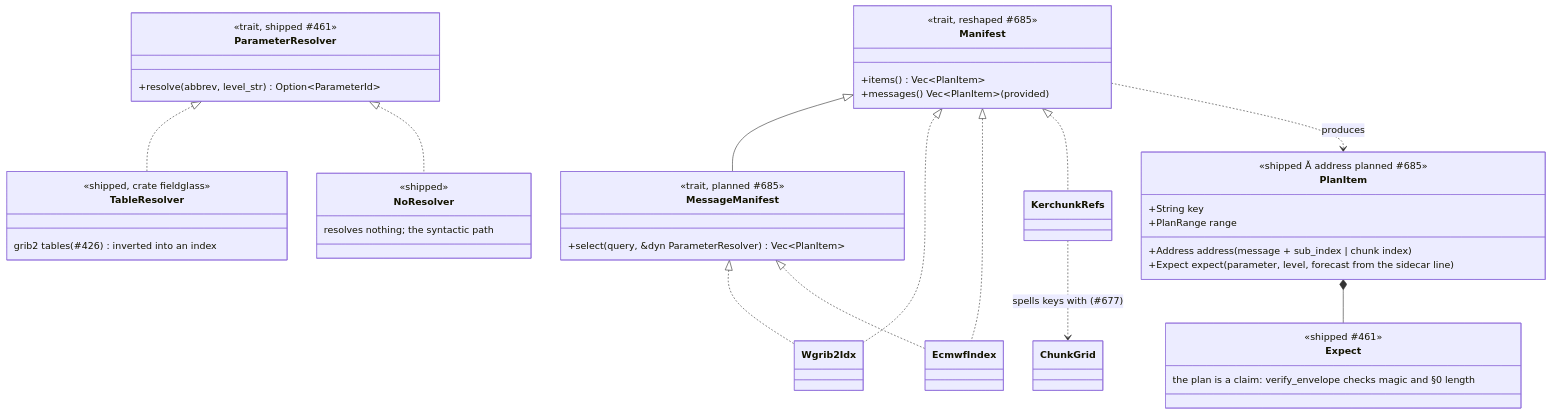
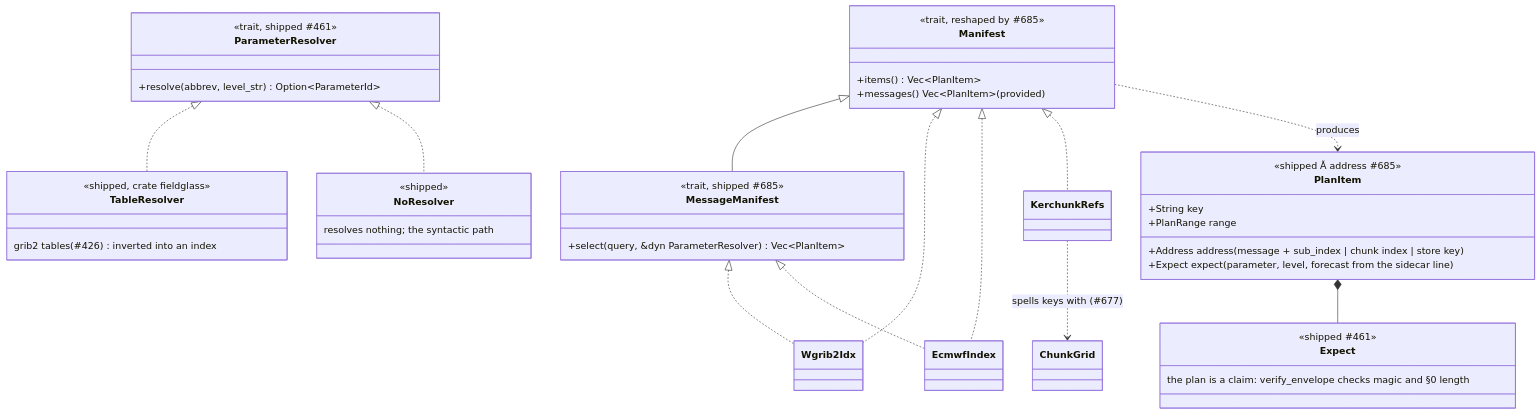
Before and after one commit to D0ubleD0uble/fieldglass: the fourth of 6 diagrams in docs/architecture/planned/02-trait-seams.md, drawn with Mermaid. The commit also changed other lines of this file and 1 other file, not shown here.

First line of the commit message:
docs(architecture): fetch planning is manifests in, chunk plan out

````diff
--- a/docs/architecture/planned/02-trait-seams.md
+++ b/docs/architecture/planned/02-trait-seams.md
@@ -251,46 +253,46 @@
 ```mermaid
 classDiagram
     class Manifest {
-        <<trait, reshaped #685>>
+        <<trait, reshaped by #685>>
         +items() Vec~PlanItem~
         +messages() Vec~PlanItem~ (provided)
     }
     class MessageManifest {
-        <<trait, planned #685>>
+        <<trait, shipped #685>>
         +select(query, &dyn ParameterResolver) Vec~PlanItem~
     }
     class ParameterResolver {
         <<trait, shipped #461>>
         +resolve(abbrev, level_str) Option~ParameterId~
     }
     class TableResolver {
         <<shipped, crate fieldglass>>
         grib2 tables (#426) inverted into an index
     }
     class NoResolver {
         <<shipped>>
         resolves nothing; the syntactic path
     }
     ParameterResolver <|.. TableResolver
     ParameterResolver <|.. NoResolver
     class PlanItem {
-        <<shipped #461; address planned #685>>
+        <<shipped #461; address #685>>
         +String key
         +PlanRange range
-        +Address address (message + sub_index | chunk index)
+        +Address address (message + sub_index | chunk index | store key)
         +Expect expect (parameter, level, forecast from the sidecar line)
     }
     class Expect {
         <<shipped #461>>
         the plan is a claim: verify_envelope checks magic and §0 length
     }
     Manifest <|-- MessageManifest
     Manifest <|.. Wgrib2Idx
     Manifest <|.. EcmwfIndex
     Manifest <|.. KerchunkRefs
     MessageManifest <|.. Wgrib2Idx
     MessageManifest <|.. EcmwfIndex
     KerchunkRefs ..> ChunkGrid : spells keys with (#677)
     Manifest ..> PlanItem : produces
     PlanItem *-- Expect
 ```
````
